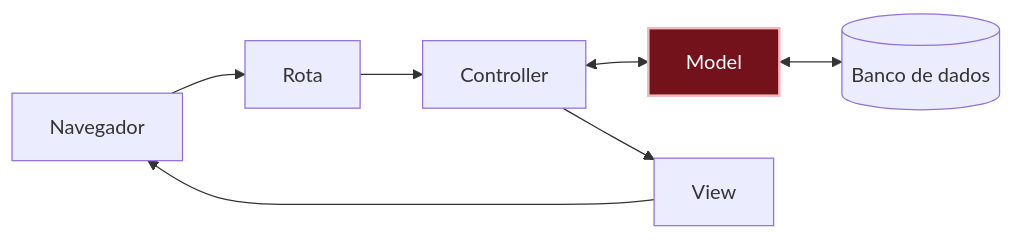
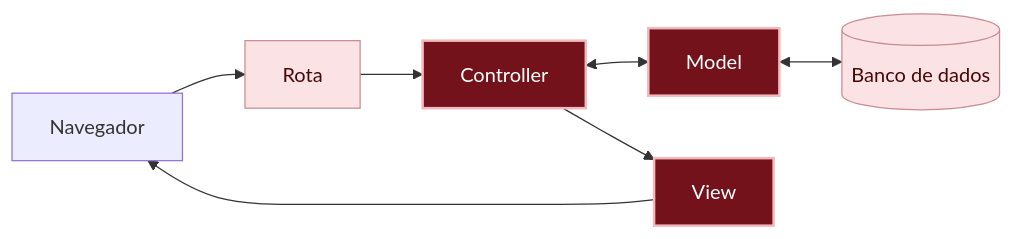
Before and after one commit to RailsGirls-SP/guia-railsgirls-sp: the diagram in projetos/mural-de-recados/07-e-se-o-recado-vier-vazio/o-que-aconteceu.md, drawn with Mermaid. The commit also changed other lines of this file and 8 other files, not shown here.

````diff
--- a/projetos/mural-de-recados/07-e-se-o-recado-vier-vazio/o-que-aconteceu.md
+++ b/projetos/mural-de-recados/07-e-se-o-recado-vier-vazio/o-que-aconteceu.md
@@ -17,10 +22,12 @@
 ```mermaid
 flowchart LR
   Navegador --> Rota --> Controller
   Controller <--> Model
   Model <--> Banco[(Banco de dados)]
   Controller --> View --> Navegador
 
   classDef aqui fill:#73121b,stroke:#f2b8be,stroke-width:2px,color:#fff
-  class Model aqui
+  classDef visto fill:#fbe3e5,stroke:#c98b91,color:#490606
+  class Model,Controller,View aqui
+  class Rota,Banco visto
 ```
````
